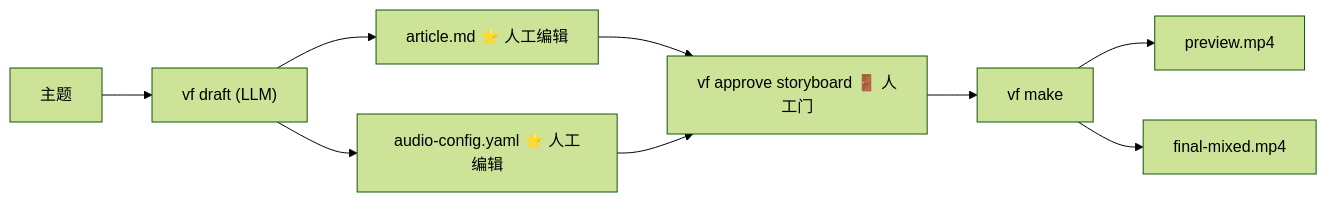
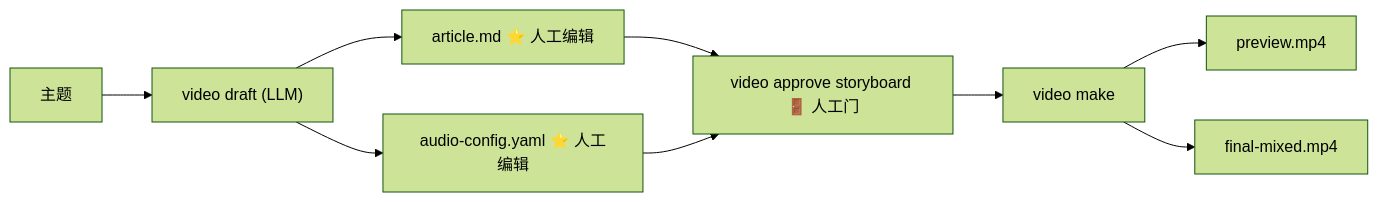
One commit to huangjien/ai-video-factory changed the first of 2 diagrams in docs/INSTALLATION_AND_USAGE.zh-CN.md. Above: the diagram before and after it, drawn with Mermaid (forest theme). The commit also changed other lines of this file and 177 other files, not shown here.

````diff
--- a/docs/INSTALLATION_AND_USAGE.zh-CN.md
+++ b/docs/INSTALLATION_AND_USAGE.zh-CN.md
@@ -49,11 +49,11 @@
 ```mermaid
 flowchart LR
-    topic[主题] --> vfDraft["vf draft (LLM)"]
-    vfDraft --> articleMD["article.md ⭐ 人工编辑"]
-    vfDraft --> audioConfig["audio-config.yaml ⭐ 人工编辑"]
-    articleMD --> vfApprove["vf approve storyboard 🚪 人工门"]
-    audioConfig --> vfApprove
-    vfApprove --> vfMake["vf make"]
-    vfMake --> previewMp4[preview.mp4]
-    vfMake --> finalMixedMp4["final-mixed.mp4"]
+    topic[主题] --> videoDraft["video draft (LLM)"]
+    videoDraft --> articleMD["article.md ⭐ 人工编辑"]
+    videoDraft --> audioConfig["audio-config.yaml ⭐ 人工编辑"]
+    articleMD --> videoApprove["video approve storyboard 🚪 人工门"]
+    audioConfig --> videoApprove
+    videoApprove --> videoMake["video make"]
+    videoMake --> previewMp4[preview.mp4]
+    videoMake --> finalMixedMp4["final-mixed.mp4"]
 ```
````
